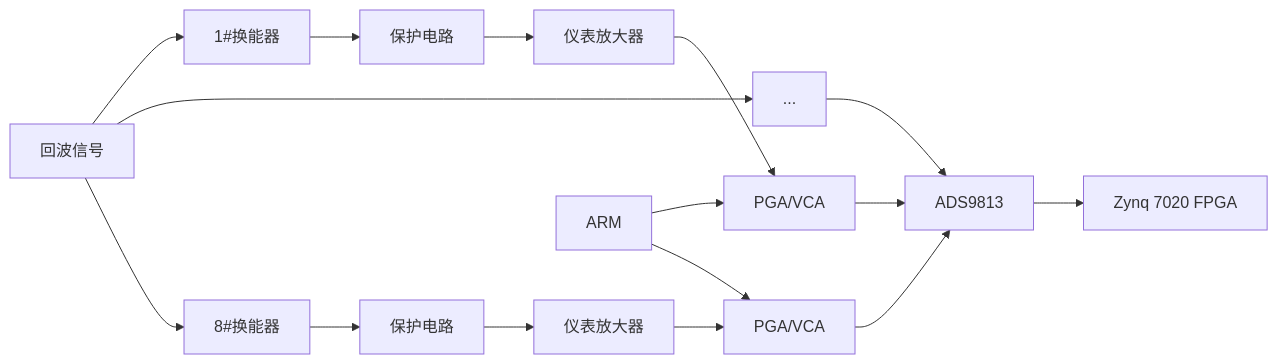
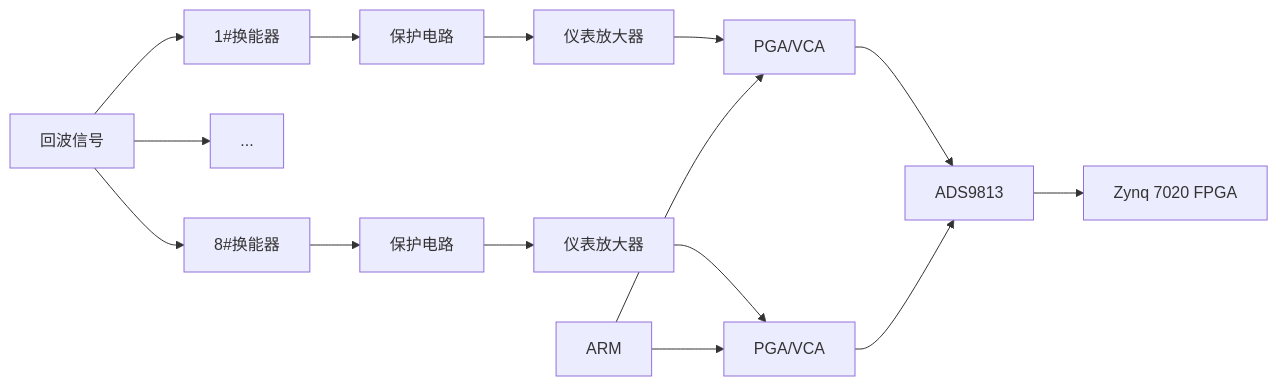
Before and after one commit to Rukawa15/iodraw-files: the diagram in all/同步采集.md, drawn with Mermaid.

Commit message:
2025-06-19 14:34:05 update

````diff
--- a/all/同步采集.md
+++ b/all/同步采集.md
@@ -1,26 +1,25 @@
 ```mermaid
 graph LR
 A[回波信号]
 A --> B1[1#换能器]
 A --> ...
 A --> B8[8#换能器]
 
 B1 --> C1[保护电路]
 B8 --> C8[保护电路]
 
 C1 --> D1[仪表放大器]
 C8 --> D8[仪表放大器]
 
 D1 --> E1[PGA/VCA]
 D8 --> E8[PGA/VCA]
 
 E1 --> F[ADS9813]
-... --> F
 E8 --> F[ADS9813] 
 
 F --> G[Zynq 7020 FPGA]
 
 H[ARM] --> E1
 
 H[ARM] --> E8
 ```
````
